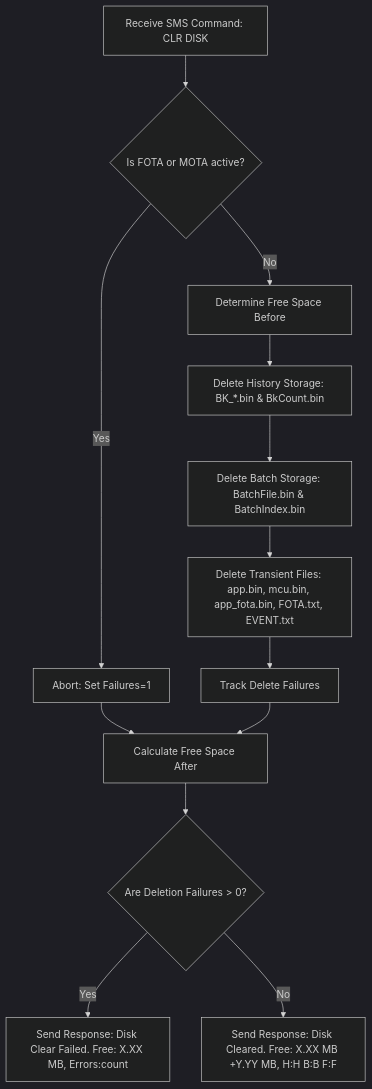
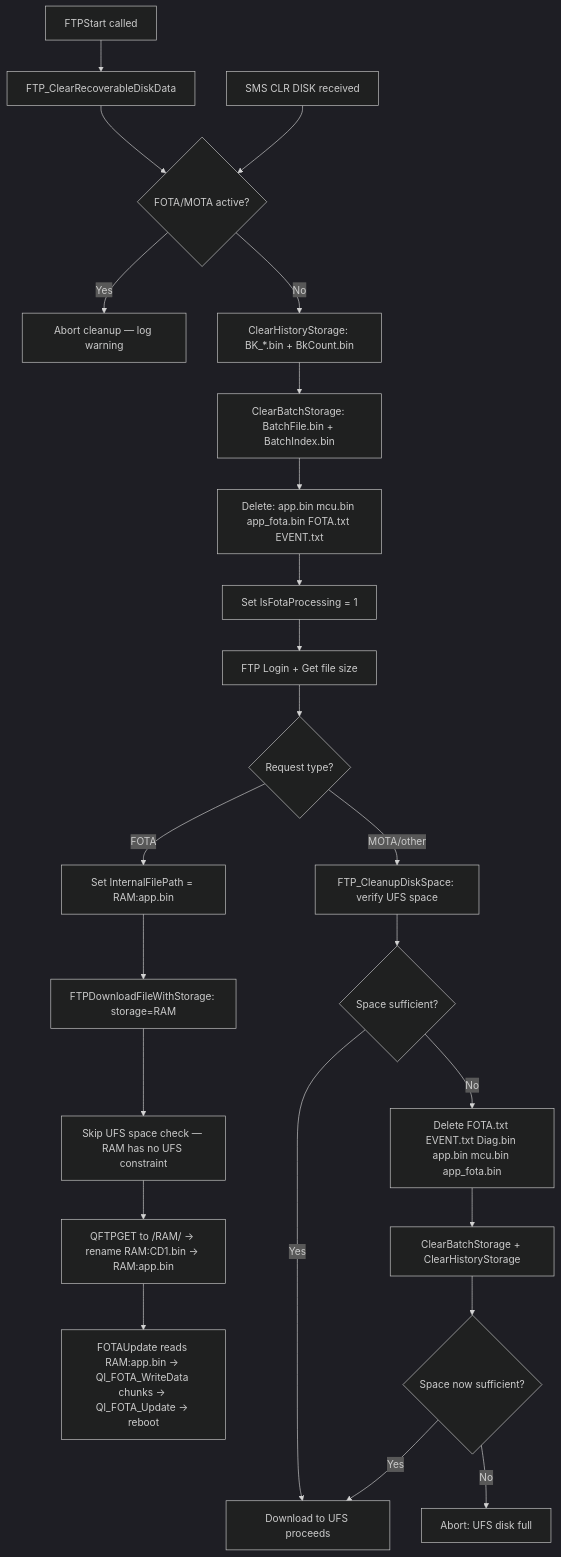
The second of 2 diagrams in ftp_fota_cleanup_doc.md (Umar-Siddhiq/InnoVTSM66), drawn with Mermaid (dark theme) before and after one commit. The commit also changed other lines of this file and 3 other files, not shown here.

First line of the commit message:
Refactor FTP/FOTA Cleanup System and Enhance RAM Filesystem Support

````diff
--- a/ftp_fota_cleanup_doc.md
+++ b/ftp_fota_cleanup_doc.md
@@ -217,15 +492,29 @@
 ```mermaid
 flowchart TD
-    A[Receive SMS Command: CLR DISK] --> B{Is FOTA or MOTA active?}
-    B -- Yes --> C[Abort: Set Failures=1]
-    B -- No --> D[Determine Free Space Before]
-    C --> E[Calculate Free Space After]
-    D --> F[Delete History Storage: BK_*.bin & BkCount.bin]
-    F --> G[Delete Batch Storage: BatchFile.bin & BatchIndex.bin]
-    G --> H[Delete Transient Files: app.bin, mcu.bin, app_fota.bin, FOTA.txt, EVENT.txt]
-    H --> I[Track Delete Failures]
-    I --> E
-    E --> J{Are Deletion Failures > 0?}
-    J -- Yes --> K[Send Response: Disk Clear Failed. Free: X.XX MB, Errors:count]
-    J -- No --> L[Send Response: Disk Cleared. Free: X.XX MB +Y.YY MB, H:H B:B F:F]
+    A[FTPStart called] --> B[FTP_ClearRecoverableDiskData]
+    B --> C{FOTA/MOTA active?}
+    C -- Yes --> D[Abort cleanup — log warning]
+    C -- No --> E[ClearHistoryStorage: BK_*.bin + BkCount.bin]
+    E --> F[ClearBatchStorage: BatchFile.bin + BatchIndex.bin]
+    F --> G[Delete: app.bin mcu.bin app_fota.bin FOTA.txt EVENT.txt]
+    G --> H[Set IsFotaProcessing = 1]
+    H --> I[FTP Login + Get file size]
+    I --> REQ{Request type?}
+
+    REQ -- FOTA --> RAM[Set InternalFilePath = RAM:app.bin]
+    RAM --> RAMDL[FTPDownloadFileWithStorage: storage=RAM]
+    RAMDL --> RAMSKIP[Skip UFS space check — RAM has no UFS constraint]
+    RAMSKIP --> RAMGET[QFTPGET to /RAM/ → rename RAM:CD1.bin → RAM:app.bin]
+    RAMGET --> FOTAUPD[FOTAUpdate reads RAM:app.bin → Ql_FOTA_WriteData chunks → Ql_FOTA_Update → reboot]
+
+    REQ -- MOTA/other --> J[FTP_CleanupDiskSpace: verify UFS space]
+    J --> K{Space sufficient?}
+    K -- Yes --> L[Download to UFS proceeds]
+    K -- No --> M[Delete FOTA.txt EVENT.txt Diag.bin app.bin mcu.bin app_fota.bin]
+    M --> N[ClearBatchStorage + ClearHistoryStorage]
+    N --> O{Space now sufficient?}
+    O -- Yes --> L
+    O -- No --> P[Abort: UFS disk full]
+
+    A2[SMS CLR DISK received] --> C
 ```
````
